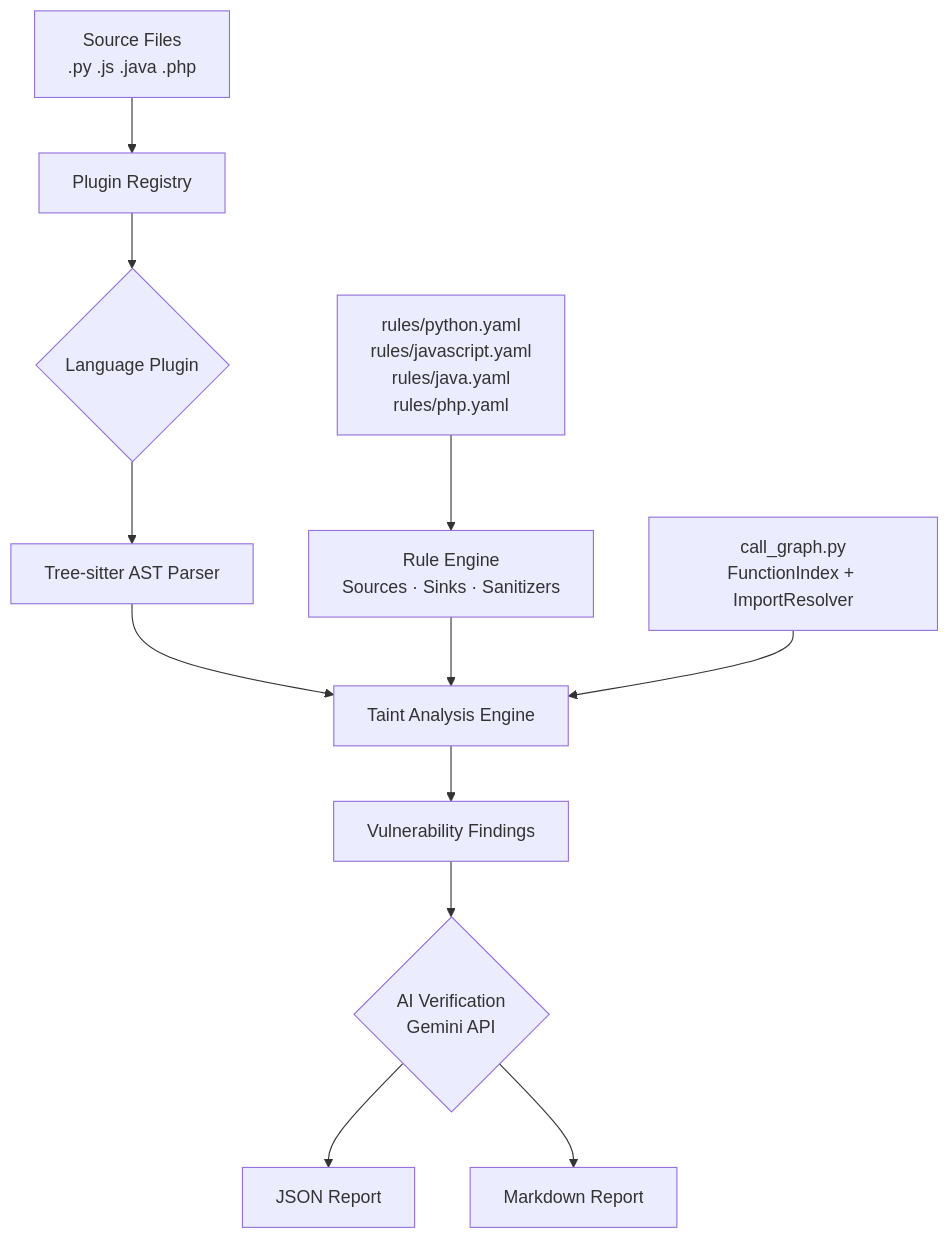
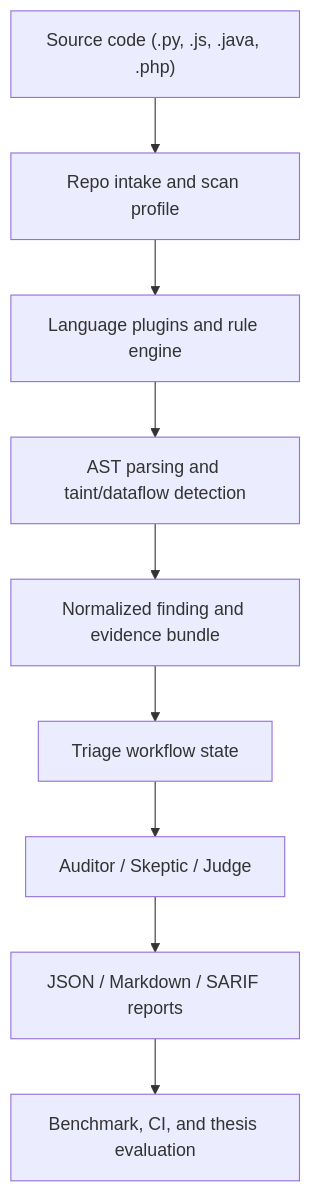
One commit to PhucQuan/MultiAgent-SAST changed the diagram in README.md. Above: the diagram before and after it, drawn with Mermaid. The commit also changed other lines of this file and 5 other files, not shown here.

Commit message:
Add thesis roadmap and analyzer availability status

````diff
--- a/README.md
+++ b/README.md
@@ -31,16 +24,11 @@
 ```mermaid
 graph TD
-    A[Source Files<br/>.py .js .java .php] --> B[Plugin Registry]
-    B --> C{Language Plugin}
-    C --> D[Tree-sitter AST Parser]
-    D --> E[Taint Analysis Engine]
-
-    F[rules/python.yaml<br/>rules/javascript.yaml<br/>rules/java.yaml<br/>rules/php.yaml] --> G[Rule Engine<br/>Sources · Sinks · Sanitizers]
-    G --> E
-
-    H[call_graph.py<br/>FunctionIndex + ImportResolver] --> E
-    E --> I[Vulnerability Findings]
-    I --> J{AI Verification<br/>Gemini API}
-    J --> K[JSON Report]
-    J --> L[Markdown Report]
+    A["Source code (.py, .js, .java, .php)"] --> B["Repo intake and scan profile"]
+    B --> C["Language plugins and rule engine"]
+    C --> D["AST parsing and taint/dataflow detection"]
+    D --> E["Normalized finding and evidence bundle"]
+    E --> F["Triage workflow state"]
+    F --> G["Auditor / Skeptic / Judge"]
+    G --> H["JSON / Markdown / SARIF reports"]
+    H --> I["Benchmark, CI, and thesis evaluation"]
 ```
````
